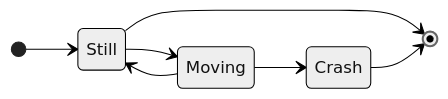
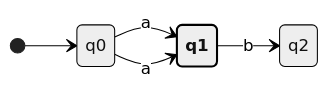
The diagram in 2025-1/AT/AT Test.md (leekyeongjun/JunsVault), drawn with Mermaid (neutral theme) before and after one commit.

Commit message:
vault backup: 2025-04-15 13:17:43

````diff
--- a/2025-1/AT/AT Test.md
+++ b/2025-1/AT/AT Test.md
@@ -3,11 +3,13 @@
 ```mermaid
 stateDiagram-v2
 direction LR
-[*] --> Still
-Still --> [*]
 
-Still --> Moving
-Moving --> Still
-Moving --> Crash
-Crash --> [*]
+classDef f font-weight:bold,stroke-width:2px,stroke:black
+
+[*] --> q0
+q0 --> q1 : a
+q1 --> q2 : b
+q0 --> q1 : a
+
+class q1 f
 ```
````
